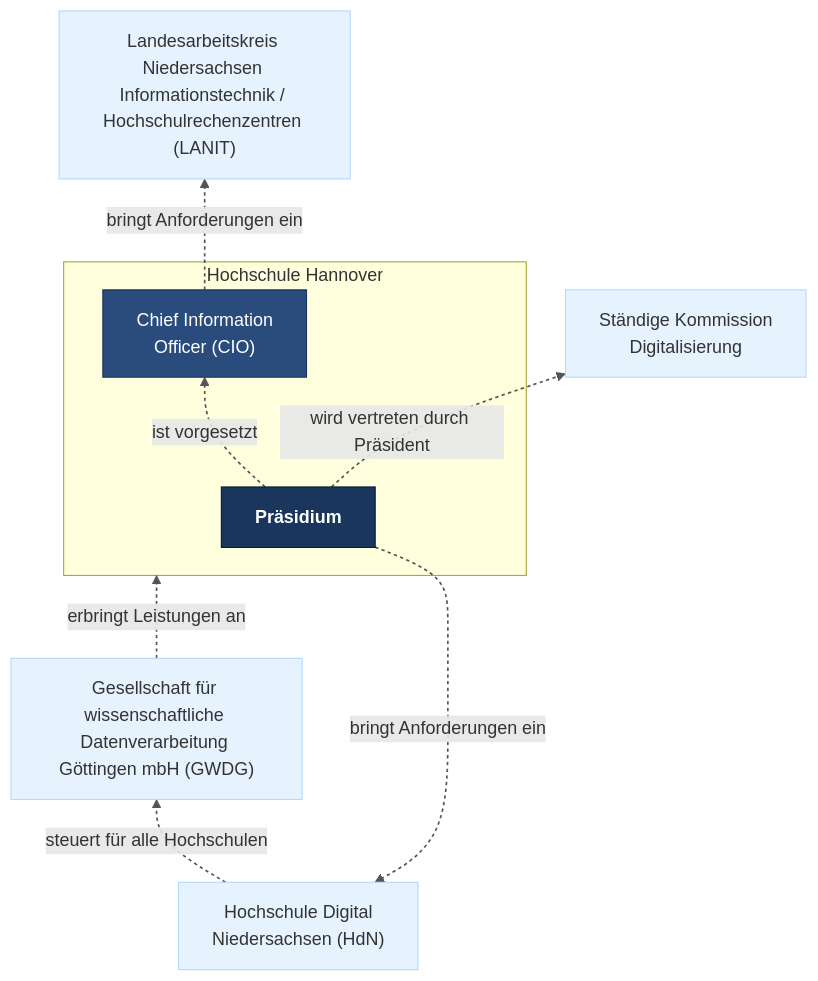
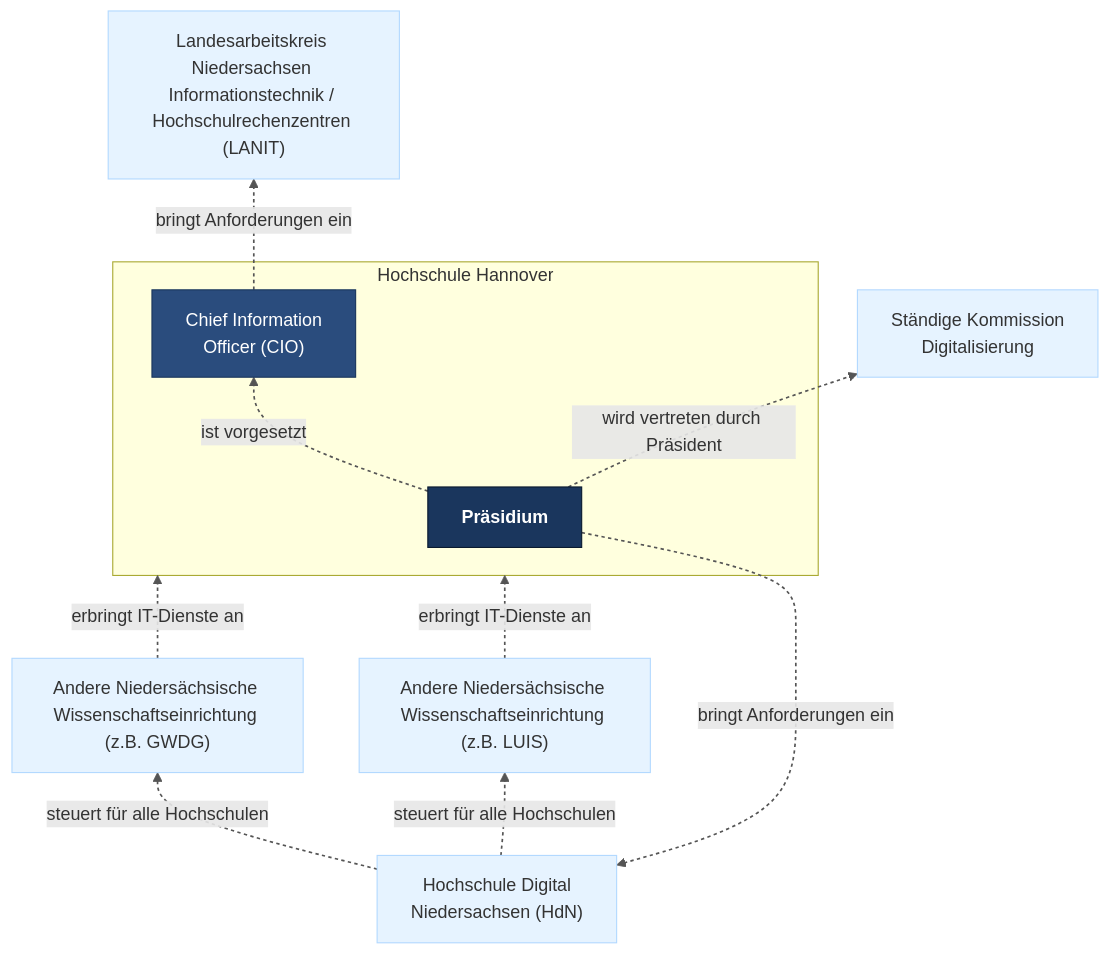
The diagram in 20-niedersachsen.mmd (Hochschule-Hannover/digital-strategie), drawn with Mermaid before and after one commit. The commit also changed 1 other file, not shown here.

```diff
--- a/20-niedersachsen.mmd
+++ b/20-niedersachsen.mmd
@@ -1,49 +1,53 @@
 %%{init: {
   "theme": "dark", 
   "themeVariables": {
     "fontFamily": "'FF Unit Pro', cursive, sans-serif", 
     "fontSize": "20px",
     "primaryColor": "#fafafa",
     "primaryBorderColor": "#333333",
     "background": "#fffdf8",
     "mainBkg": "#fffdf8",
     "lineColor": "#555555",
     "textColor": "#666666"
   }, 
   "flowchart": {
     "diagramPadding": 32, 
     "nodeSpacing": 50, 
     "rankSpacing": 70, 
     "curve": "basis"
   }
 }}%%
 flowchart BT
     %% Stile für den Handgezeichnet-Look
     linkStyle default stroke:#555555,stroke-width:1.5px,stroke-dasharray: 3 3
     
     %% Externe Organisationen
     HdN["Hochschule Digital<br/>Niedersachsen (HdN)"]:::ebene0
     LANIT["Landesarbeitskreis Niedersachsen Informationstechnik / Hochschulrechenzentren (LANIT)"]:::ebene0
-    GWDG["Gesellschaft für wissenschaftliche Datenverarbeitung Göttingen mbH (GWDG)"]:::ebene0
     
+    ITDL1["Andere Niedersächsische Wissenschaftseinrichtung (z.B. GWDG)"]:::ebene0
+    ITDL2["Andere Niedersächsische Wissenschaftseinrichtung (z.B. LUIS)"]:::ebene0
+
     %% Ständige Kommission als eigenständiger Knoten
     SKD["Ständige Kommission<br/>Digitalisierung"]:::ebene0
     
     %% Hochschule Hannover
     subgraph HsH["Hochschule Hannover"]
         Praesidium["Präsidium"]:::ebene1
         CIO["Chief Information<br/>Officer (CIO)"]:::ebene2
     end
     
     %% Verbindungen
     Praesidium --> |"bringt Anforderungen ein"| HdN
     CIO --> |"bringt Anforderungen ein"| LANIT
     Praesidium --> |"ist vorgesetzt"| CIO
-    GWDG --> |"erbringt Leistungen an"| HsH
+    ITDL1 --> |"erbringt IT-Dienste an"| HsH
+    ITDL2 --> |"erbringt IT-Dienste an"| HsH
     Praesidium --> |"wird vertreten durch Präsident"| SKD
-    HdN --> |"steuert für alle Hochschulen"| GWDG
+    HdN --> |"steuert für alle Hochschulen"| ITDL1
+    HdN --> |"steuert für alle Hochschulen"| ITDL2
     
     %% Farbdefinitionen
     classDef ebene0 fill:#E6F3FF,stroke:#B3D9FF,stroke-width:1px,color:#333333
     classDef ebene1 fill:#1A365D,stroke:#0A1A2F,stroke-width:1px,color:#FFFFFF,font-weight:bold
     classDef ebene2 fill:#2A4C7D,stroke:#1A365D,stroke-width:1px,color:#FFFFFF
```
